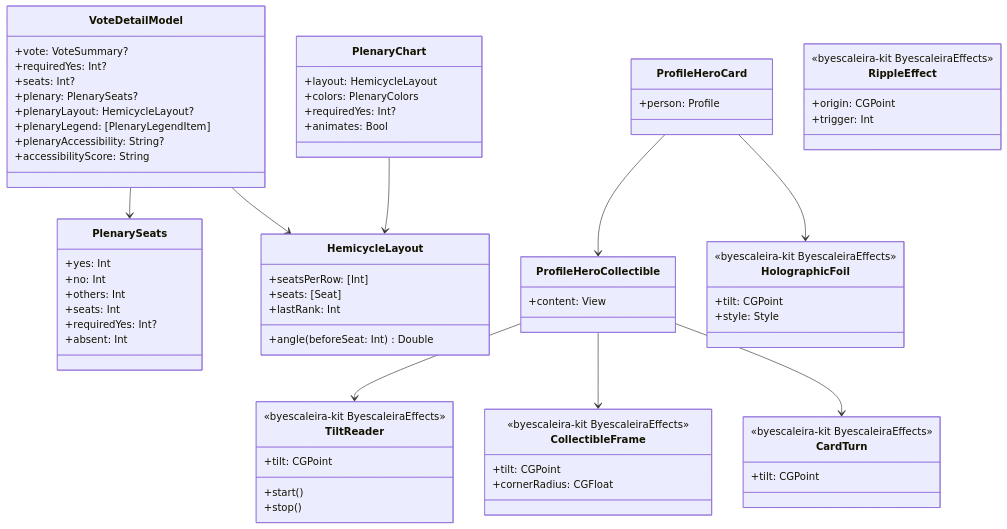
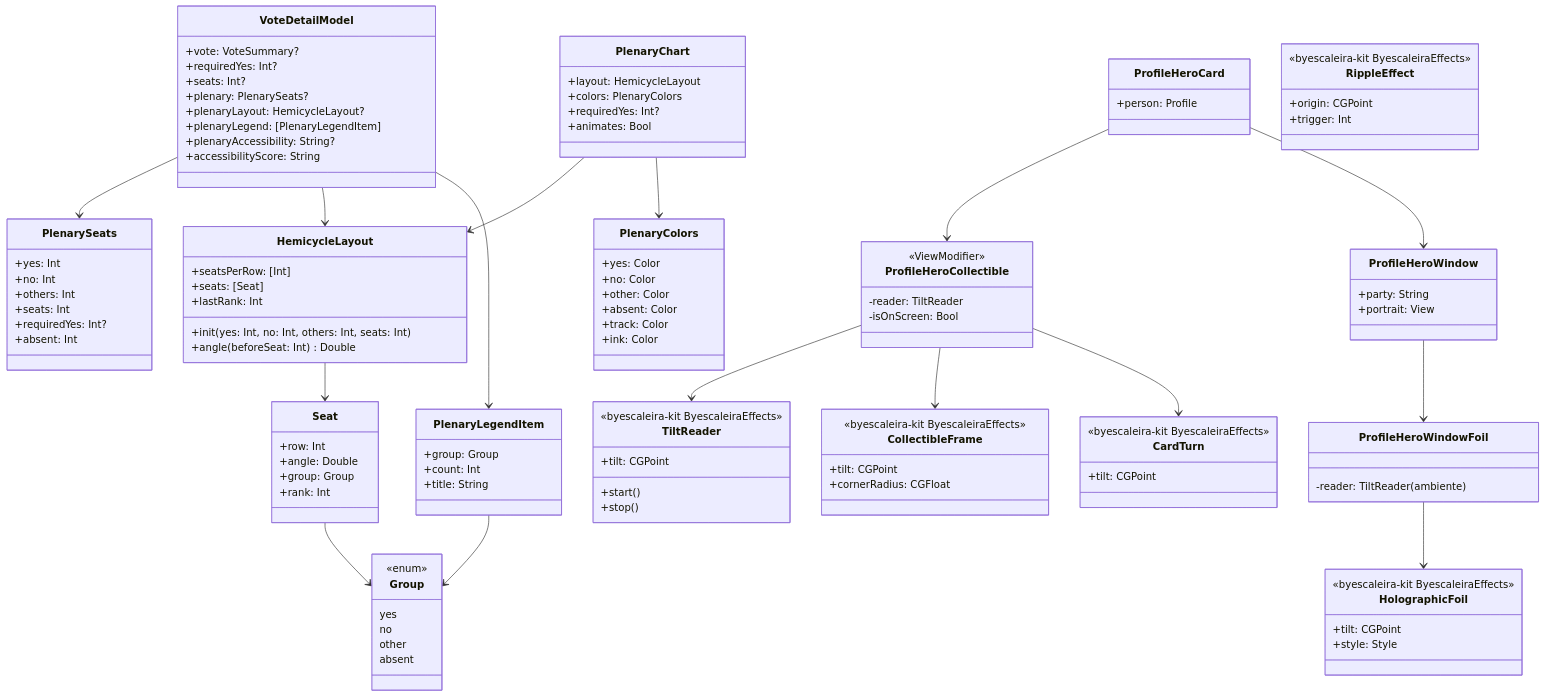
Before and after one commit to byescaleira/fiscal: the diagram in spdd/prompt/FSC-023-202611052151-[Feat]-plenary-and-holographic-card.md, drawn with Mermaid. The commit also changed other lines of this file and 15 other files, not shown here.

First line of the commit message:
Fit the plenary legend and record the FSC-023 QA

```diff
--- a/spdd/prompt/FSC-023-202611052151-[Feat]-plenary-and-holographic-card.md
+++ b/spdd/prompt/FSC-023-202611052151-[Feat]-plenary-and-holographic-card.md
@@ -65,7 +65,34 @@
         +seatsPerRow: [Int]
         +seats: [Seat]
         +lastRank: Int
+        +init(yes: Int, no: Int, others: Int, seats: Int)
         +angle(beforeSeat: Int) Double
+    }
+    class Seat {
+        +row: Int
+        +angle: Double
+        +group: Group
+        +rank: Int
+    }
+    class Group {
+        <<enum>>
+        yes
+        no
+        other
+        absent
+    }
+    class PlenaryLegendItem {
+        +group: Group
+        +count: Int
+        +title: String
+    }
+    class PlenaryColors {
+        +yes: Color
+        +no: Color
+        +other: Color
+        +absent: Color
+        +track: Color
+        +ink: Color
     }
     class PlenaryChart {
         +layout: HemicycleLayout
@@ -77,7 +104,16 @@
         +person: Profile
     }
     class ProfileHeroCollectible {
-        +content: View
+        <<ViewModifier>>
+        -reader: TiltReader
+        -isOnScreen: Bool
+    }
+    class ProfileHeroWindow {
+        +party: String
+        +portrait: View
+    }
+    class ProfileHeroWindowFoil {
+        -reader: TiltReader (ambiente)
     }
     class HolographicFoil {
         <<byescaleira-kit ByescaleiraEffects>>
@@ -106,9 +142,16 @@
     }
     VoteDetailModel --> PlenarySeats
     VoteDetailModel --> HemicycleLayout
+    HemicycleLayout --> Seat
+    Seat --> Group
+    PlenaryLegendItem --> Group
+    VoteDetailModel --> PlenaryLegendItem
     PlenaryChart --> HemicycleLayout
+    PlenaryChart --> PlenaryColors
     ProfileHeroCard --> ProfileHeroCollectible
-    ProfileHeroCard --> HolographicFoil
+    ProfileHeroCard --> ProfileHeroWindow
+    ProfileHeroWindow --> ProfileHeroWindowFoil
+    ProfileHeroWindowFoil --> HolographicFoil
     ProfileHeroCollectible --> TiltReader
     ProfileHeroCollectible --> CollectibleFrame
     ProfileHeroCollectible --> CardTurn
```
